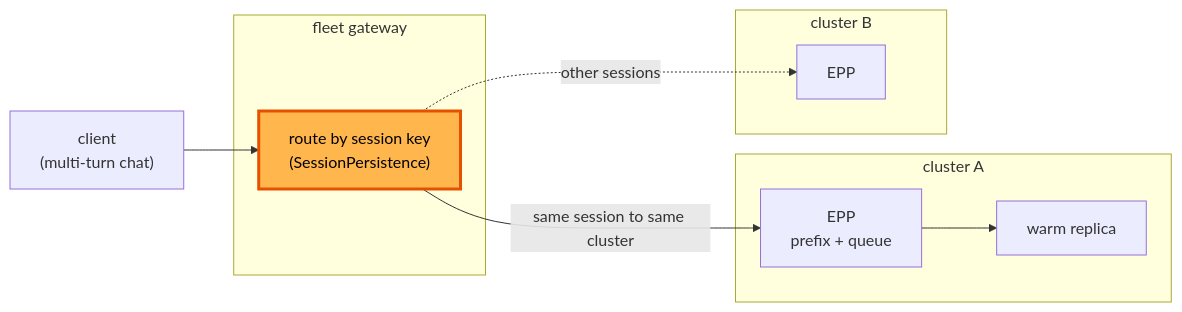
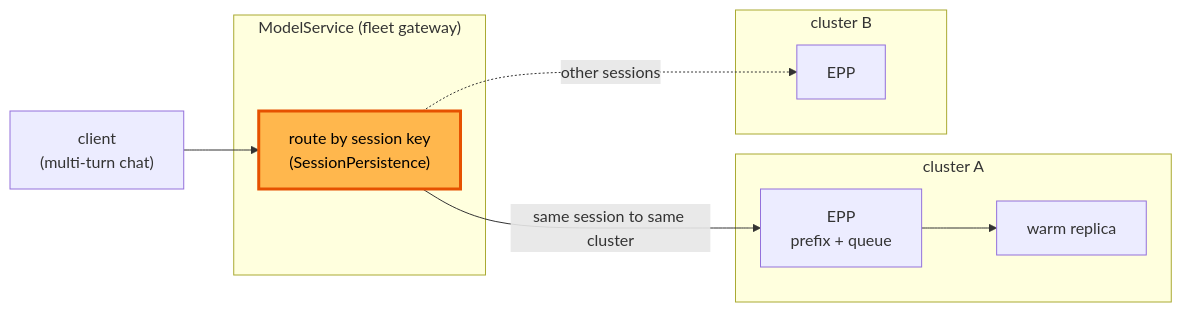
The second of 2 diagrams in design/routing.md (modelplaneai/modelplane), drawn with Mermaid before and after one commit. The commit also changed other lines of this file, not shown here.

First line of the commit message:
Reframe routing doc around ModelService and ModelEndpoint

````diff
--- a/design/routing.md
+++ b/design/routing.md
@@ -95,19 +166,19 @@
 ```mermaid
 flowchart LR
     C["client\n(multi-turn chat)"]
-    subgraph fleet["fleet gateway"]
+    subgraph fleet["ModelService (fleet gateway)"]
         SP["route by session key\n(SessionPersistence)"]
     end
     subgraph ca["cluster A"]
         EA["EPP\nprefix + queue"]
         RA["warm replica"]
     end
     subgraph cb["cluster B"]
         EB["EPP"]
     end
     C --> SP
     SP -->|"same session to same cluster"| EA --> RA
     SP -.->|other sessions| EB
     classDef new fill:#ffb74d,stroke:#e65100,stroke-width:3px,color:#000;
     class SP new
 ```
````
